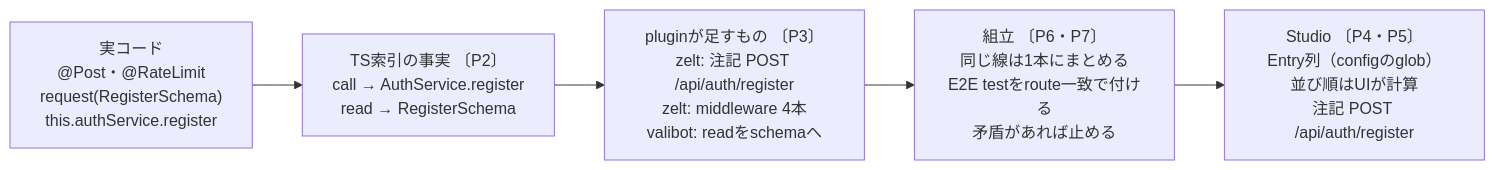
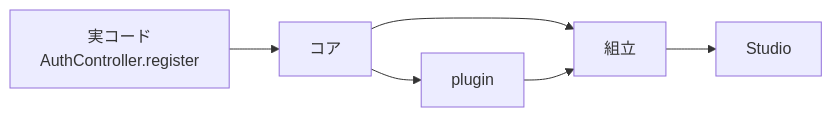
Before and after one commit to zeltjs/zelt: the third of 13 diagrams in mocks/studio-spatial/generic-extraction-design.md, drawn with Mermaid. The commit also changed other lines of this file, not shown here.

First line of the commit message:
[wip] ground studio extraction design in architect-facing policies

```diff
--- a/mocks/studio-spatial/generic-extraction-design.md
+++ b/mocks/studio-spatial/generic-extraction-design.md
@@ -114,9 +140,13 @@
 ~~~mermaid
 flowchart LR
-  S["実コード<br/>@Post・@RateLimit<br/>request(RegisterSchema)<br/>this.authService.register"]
-  T["TS索引の事実 〔P2〕<br/>call → AuthService.register<br/>read → RegisterSchema"]
-  P["pluginが足すもの 〔P3〕<br/>zelt: 注記 POST /api/auth/register<br/>zelt: middleware 4本<br/>valibot: readをschemaへ"]
-  A["組立 〔P6・P7〕<br/>同じ線は1本にまとめる<br/>E2E testをroute一致で付ける<br/>矛盾があれば止める"]
-  U["Studio 〔P4・P5〕<br/>Entry列（configのglob）<br/>並び順はUIが計算<br/>注記 POST /api/auth/register"]
-  S --> T --> P --> A --> U
+  S["実コード<br/>AuthController.register"]
+  T["コア"]
+  P["plugin"]
+  A["組立"]
+  U["Studio"]
+  S --> T
+  T --> P
+  T --> A
+  P --> A
+  A --> U
 ~~~
```
